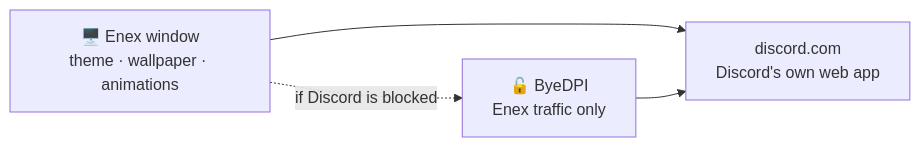
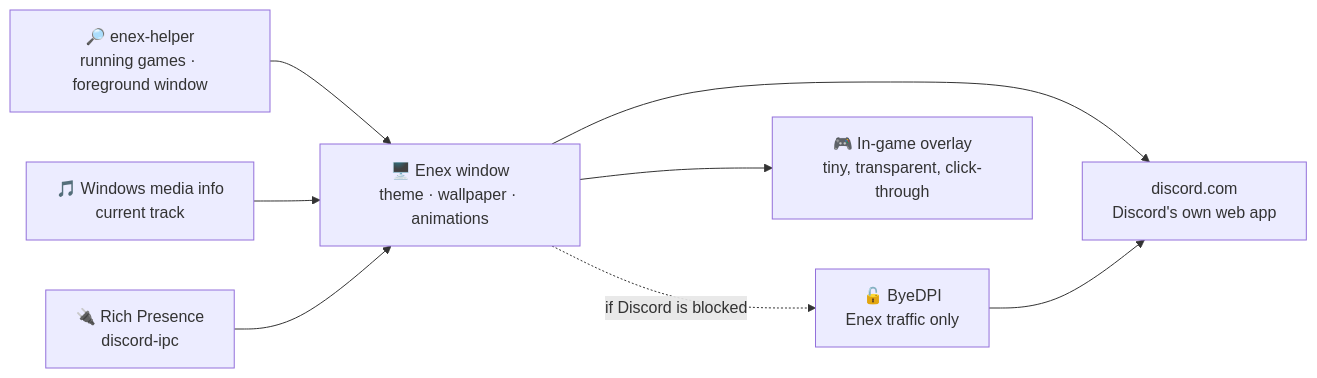
One commit to Enevolex/enex changed the diagram in README.en.md. Above: the diagram before and after it, drawn with Mermaid. The commit also changed other lines of this file and 20 other files, not shown here.

````diff
--- a/README.en.md
+++ b/README.en.md
@@ -115,6 +177,10 @@
 ```mermaid
 flowchart LR
     A["🖥️ Enex window<br/>theme · wallpaper · animations"] --> B["discord.com<br/>Discord's own web app"]
     A -. "if Discord is blocked" .-> C["🔓 ByeDPI<br/>Enex traffic only"]
     C --> B
+    H["🔎 enex-helper<br/>running games · foreground window"] --> A
+    M["🎵 Windows media info<br/>current track"] --> A
+    R["🔌 Rich Presence<br/>discord-ipc"] --> A
+    A --> O["🎮 In-game overlay<br/>tiny, transparent, click-through"]
 ```
````
